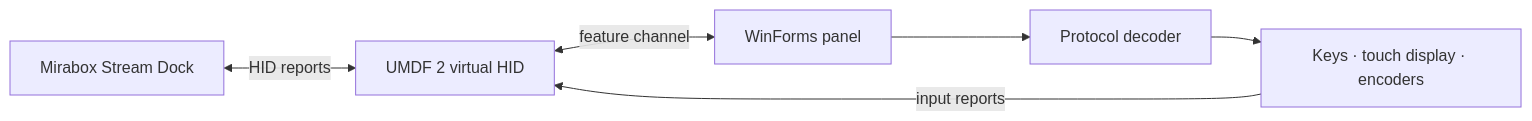
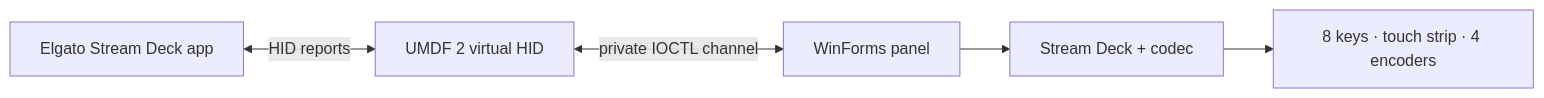
One commit to Nekit678/MirageDeck changed the diagram in README.en.md. Above: the diagram before and after it, drawn with Mermaid. The commit also changed other lines of this file and 28 other files, not shown here.

Commit message:
Implement Stream Deck + emulator

````diff
--- a/README.en.md
+++ b/README.en.md
@@ -114,8 +79,7 @@
 ```mermaid
 flowchart LR
-    SD[Mirabox Stream Dock] <-->|HID reports| DRV[UMDF 2 virtual HID]
-    DRV <-->|feature channel| PANEL[WinForms panel]
-    PANEL --> CORE[Protocol decoder]
-    CORE --> UI[Keys · touch display · encoders]
-    UI -->|input reports| DRV
+    APP[Elgato Stream Deck app] <-->|HID reports| DRV[UMDF 2 virtual HID]
+    DRV <-->|private IOCTL channel| PANEL[WinForms panel]
+    PANEL --> CORE[Stream Deck + codec]
+    CORE --> UI[8 keys · touch strip · 4 encoders]
 ```
````
